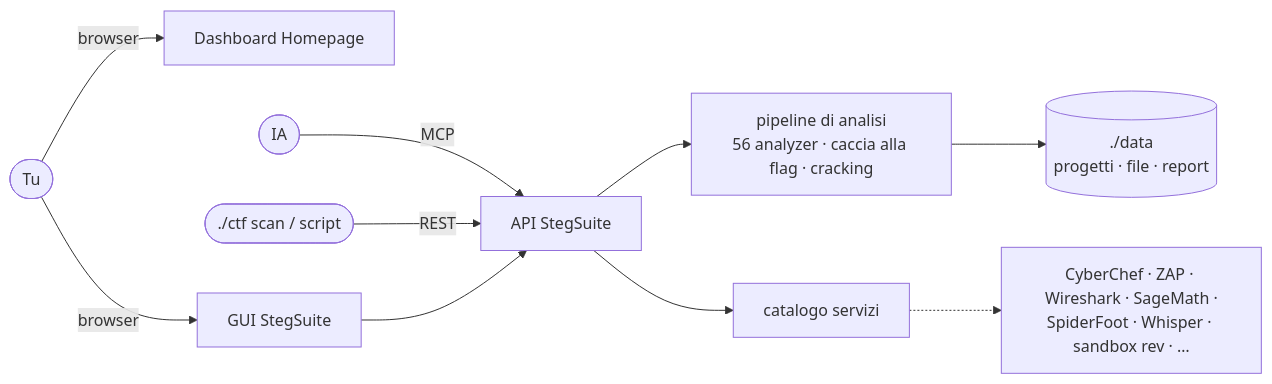
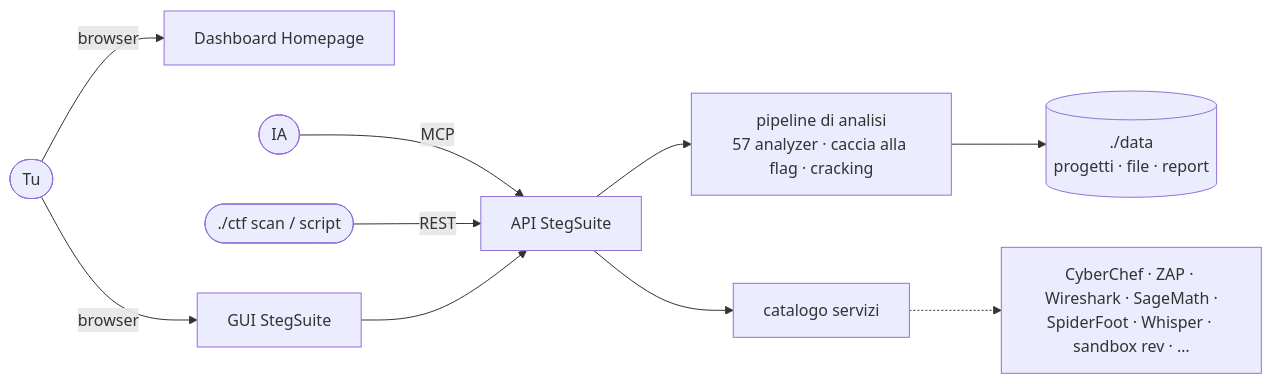
One commit to dexRand/ctf-docker changed the diagram in README.it.md. Above: the diagram before and after it, drawn with Mermaid. The commit also changed other lines of this file and 11 other files, not shown here.

First line of the commit message:
feat: Windows artifacts — evtx analyzer, GPP cpassword, flag fragment assembly (57 tools)

````diff
--- a/README.it.md
+++ b/README.it.md
@@ -88,12 +88,12 @@
 ```mermaid
 flowchart LR
   tu([Tu]) -->|browser| dash[Dashboard Homepage]
   tu -->|browser| ss[GUI StegSuite]
   ia([IA]) -->|MCP| api
   cli([./ctf scan / script]) -->|REST| api
   ss --> api[API StegSuite]
-  api --> pipe[pipeline di analisi<br/>56 analyzer · caccia alla flag · cracking]
+  api --> pipe[pipeline di analisi<br/>57 analyzer · caccia alla flag · cracking]
   pipe --> data[(./data<br/>progetti · file · report)]
   api --> svc[catalogo servizi]
   svc -.-> tools[CyberChef · ZAP · Wireshark · SageMath ·<br/>SpiderFoot · Whisper · sandbox rev · …]
 ```
````
